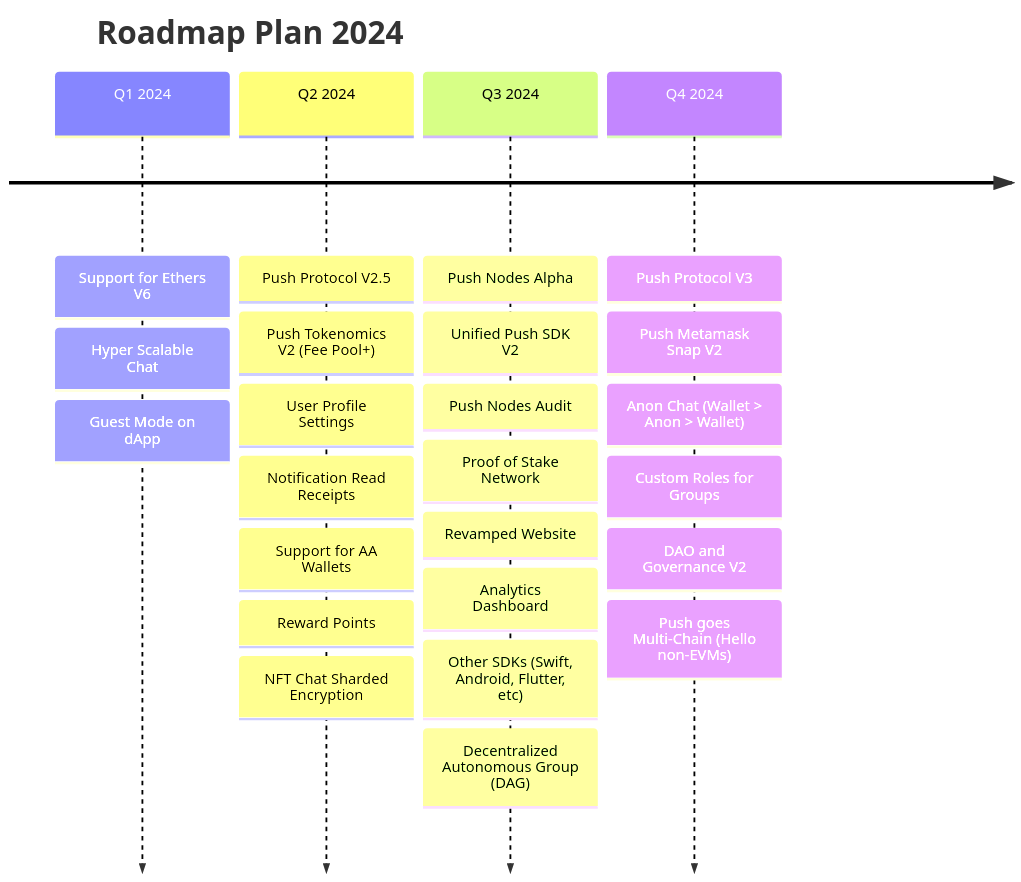
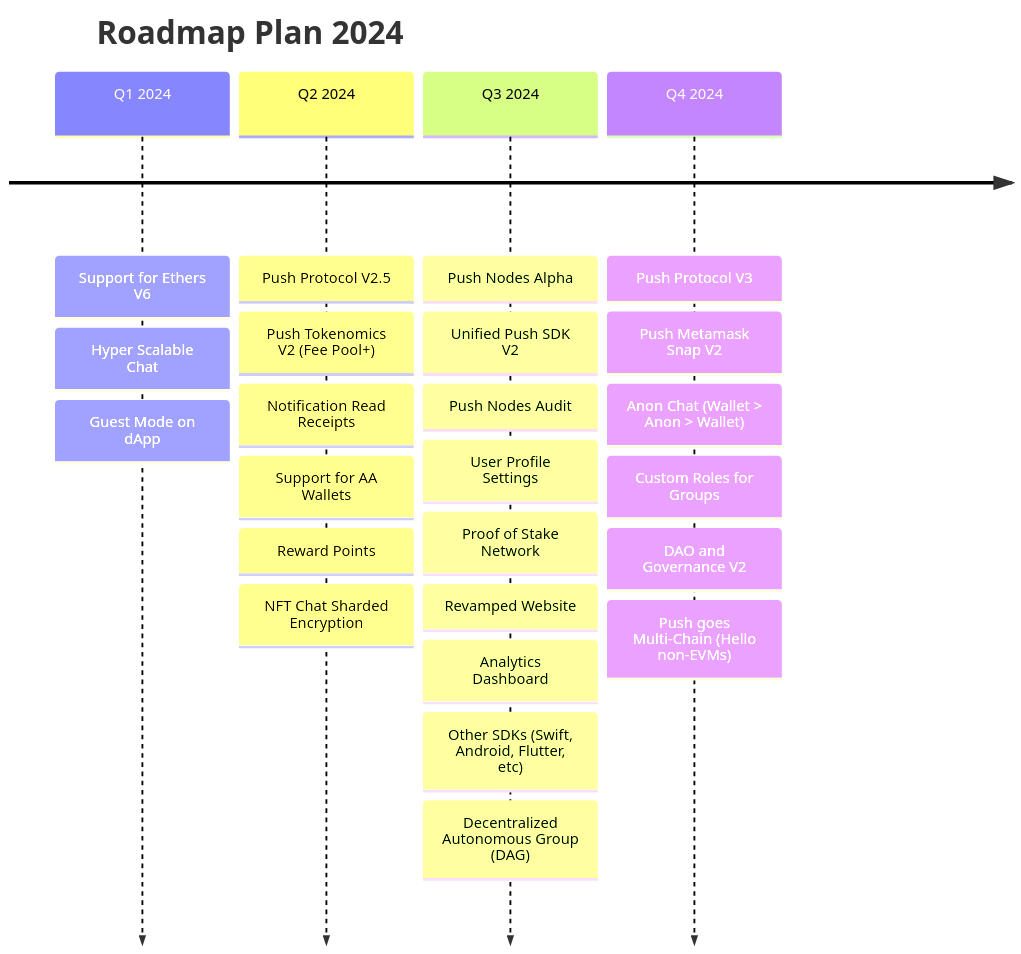
Before and after one commit to push-protocol/push-website: the diagram in docs/roadmap/01-Push-Roadmap.mdx, drawn with Mermaid. The commit also changed other lines of this file, not shown here.

Commit message:
add timeline update

````diff
--- a/docs/roadmap/01-Push-Roadmap.mdx
+++ b/docs/roadmap/01-Push-Roadmap.mdx
@@ -21,28 +21,28 @@
 ```mermaid
 timeline
     title Roadmap Plan 2024
     Q1 2024 : Support for Ethers V6
             : Hyper Scalable Chat
             : Guest Mode on dApp
     Q2 2024 : Push Protocol V2.5
             : Push Tokenomics V2 (Fee Pool+)
-            : User Profile Settings
             : Notification Read Receipts
             : Support for AA Wallets
             : Reward Points
             : NFT Chat Sharded Encryption
     Q3 2024 : Push Nodes Alpha
             : Unified Push SDK V2
             : Push Nodes Audit
+            : User Profile Settings
             : Proof of Stake Network
             : Revamped Website
             : Analytics Dashboard
             : Other SDKs (Swift, Android, Flutter, etc)
             : Decentralized Autonomous Group (DAG)
     Q4 2024 : Push Protocol V3
             : Push Metamask Snap V2
             : Anon Chat (Wallet > Anon > Wallet)
             : Custom Roles for Groups
             : DAO and Governance V2
             : Push goes Multi-Chain (Hello non-EVMs)
 ```
````
